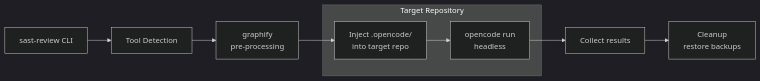
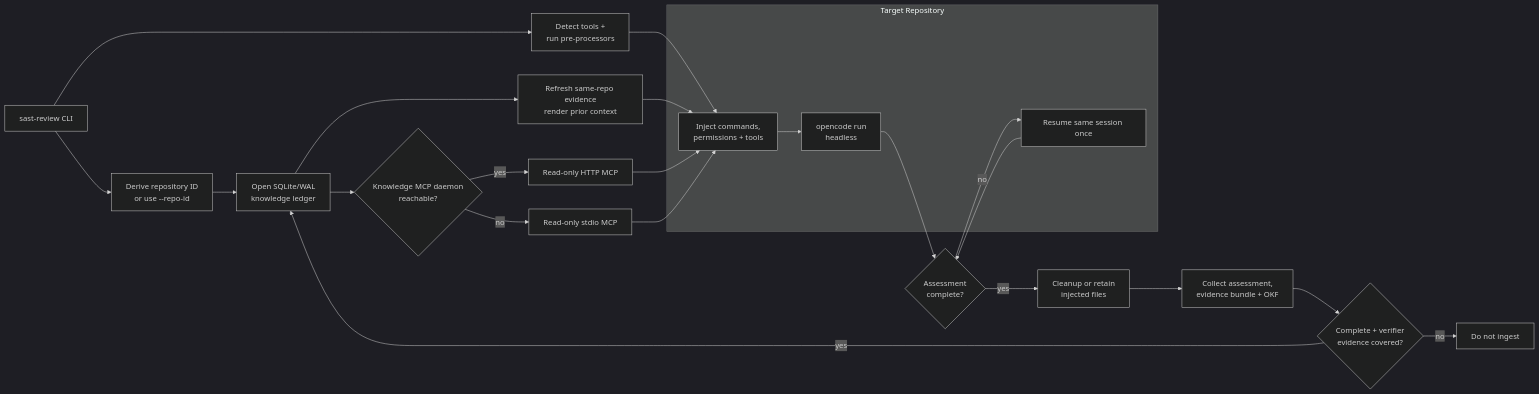
The first of 8 diagrams in README.md (dominikmi/laser), drawn with Mermaid before and after one commit. The commit also changed other lines of this file, not shown here.

First line of the commit message:
Document persistent knowledge architecture (#6)

````diff
--- a/README.md
+++ b/README.md
@@ -108,15 +108,30 @@
 ```mermaid
 %%{init: {"theme": "dark"}}%%
-graph LR
-    A["sast-review CLI"] --> B["Tool Detection"]
-    B --> C["graphify<br/>pre-processing"]
-    C --> D["Inject .opencode/<br/>into target repo"]
+flowchart LR
+    A["sast-review CLI"] --> ID["Derive repository ID<br/>or use --repo-id"]
+    A --> B["Detect tools +<br/>run pre-processors"]
+    ID --> K["Open SQLite/WAL<br/>knowledge ledger"]
+    K --> P["Refresh same-repo evidence<br/>render prior context"]
+    K --> M{"Knowledge MCP daemon<br/>reachable?"}
+    M -- yes --> MH["Read-only HTTP MCP"]
+    M -- no --> MS["Read-only stdio MCP"]
+    B --> D["Inject commands,<br/>permissions + tools"]
+    P --> D
+    MH --> D
+    MS --> D
     D --> E["opencode run<br/>headless"]
-    E --> F["Collect results"]
-    F --> G["Cleanup<br/>restore backups"]
+    E --> R{"Assessment<br/>complete?"}
+    R -- no --> C["Resume same session once"]
+    C --> R
+    R -- yes --> G["Cleanup or retain<br/>injected files"]
+    G --> F["Collect assessment,<br/>evidence bundle + OKF"]
+    F --> V{"Complete + verifier<br/>evidence covered?"}
+    V -- yes --> K
+    V -- no --> X["Do not ingest"]
 
     subgraph Target_Repo["Target Repository"]
         D
         E
+        C
     end
 ```
````
